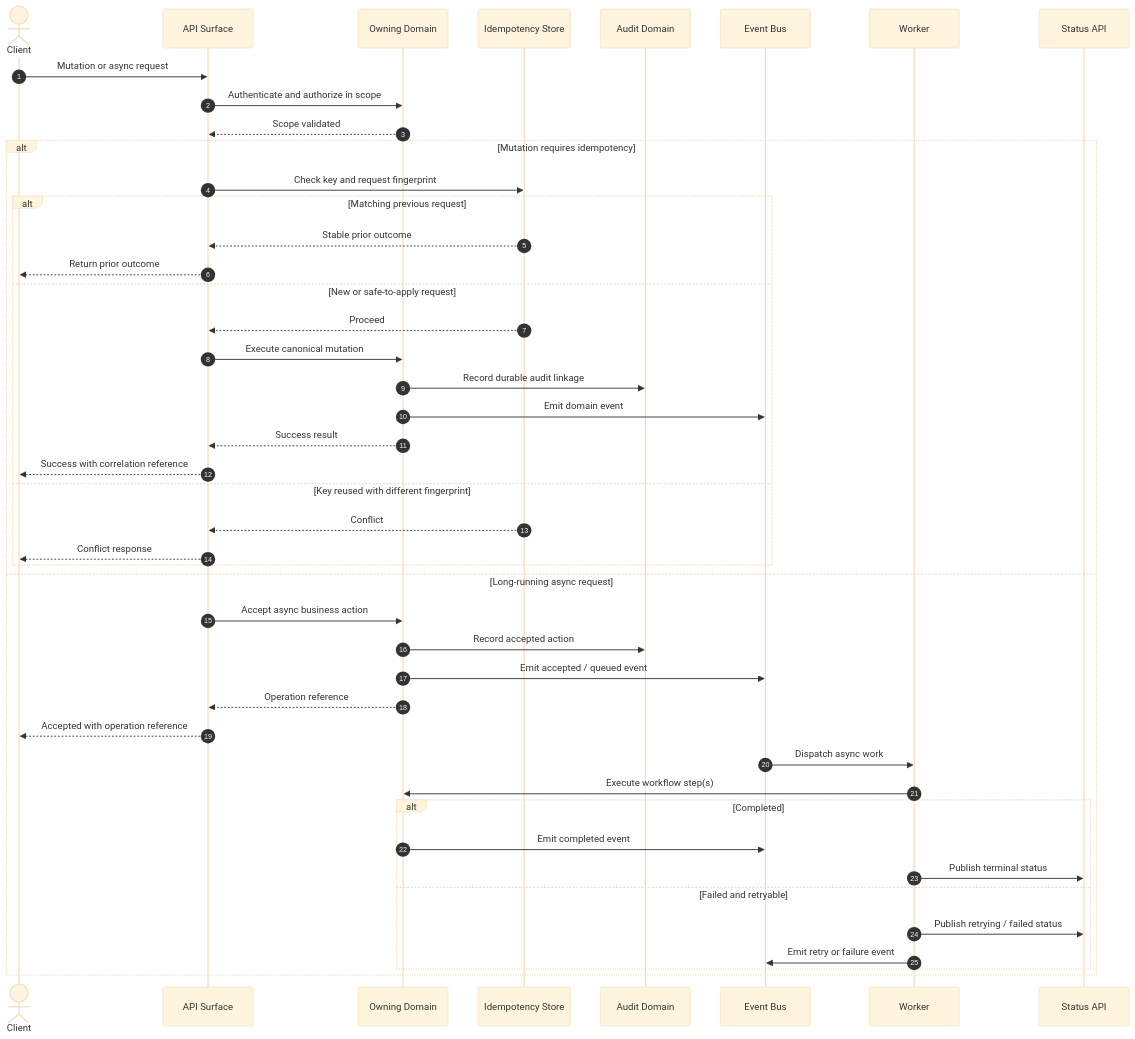
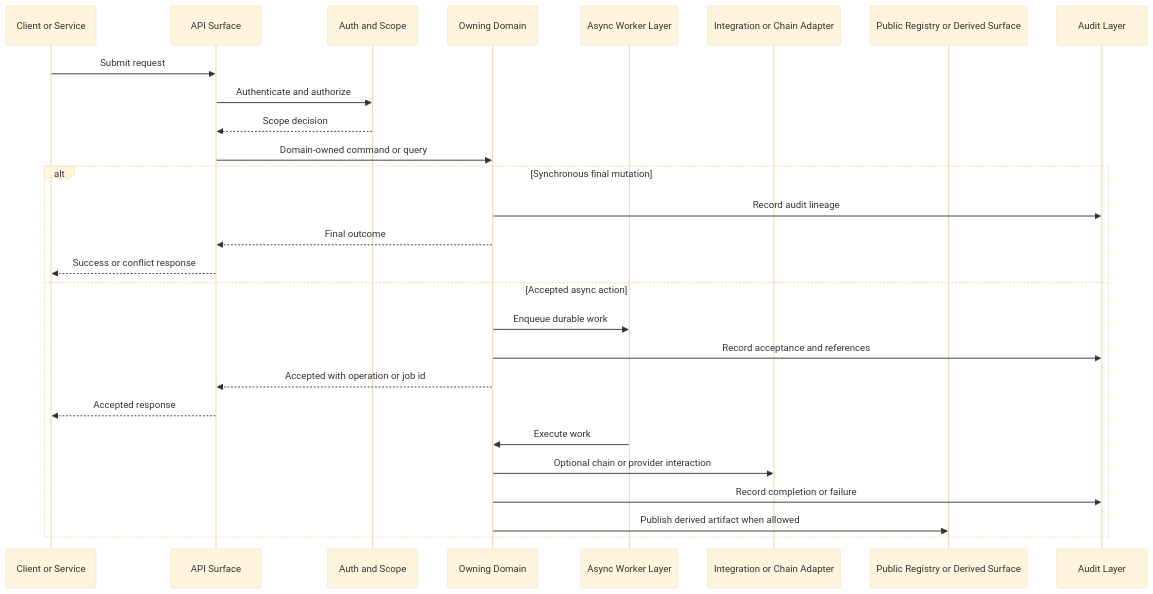
Before and after one commit to fuze-ac/api-specs: the third of 3 diagrams in API_ARCHITECTURE_SPEC.md, drawn with Mermaid (base theme). The commit also changed other lines of this file, not shown here.

````diff
--- a/API_ARCHITECTURE_SPEC.md
+++ b/API_ARCHITECTURE_SPEC.md
@@ -1166,49 +846,31 @@
 ```mermaid
 sequenceDiagram
-    autonumber
-    actor Client
-    participant API as API Surface
-    participant Domain as Owning Domain
-    participant Idem as Idempotency Store
-    participant Audit as Audit Domain
-    participant Bus as Event Bus
-    participant Worker as Worker
-    participant Status as Status API
+    participant C as Client or Service
+    participant E as API Surface
+    participant A as Auth and Scope
+    participant D as Owning Domain
+    participant Q as Async Worker Layer
+    participant X as Integration or Chain Adapter
+    participant P as Public Registry or Derived Surface
+    participant U as Audit Layer
 
-    Client->>API: Mutation or async request
-    API->>Domain: Authenticate and authorize in scope
-    Domain-->>API: Scope validated
+    C->>E: Submit request
+    E->>A: Authenticate and authorize
+    A-->>E: Scope decision
+    E->>D: Domain-owned command or query
 
-    alt Mutation requires idempotency
-        API->>Idem: Check key and request fingerprint
-        alt Matching previous request
-            Idem-->>API: Stable prior outcome
-            API-->>Client: Return prior outcome
-        else New or safe-to-apply request
-            Idem-->>API: Proceed
-            API->>Domain: Execute canonical mutation
-            Domain->>Audit: Record durable audit linkage
-            Domain->>Bus: Emit domain event
-            Domain-->>API: Success result
-            API-->>Client: Success with correlation reference
-        else Key reused with different fingerprint
-            Idem-->>API: Conflict
-            API-->>Client: Conflict response
-        end
-    else Long-running async request
-        API->>Domain: Accept async business action
-        Domain->>Audit: Record accepted action
-        Domain->>Bus: Emit accepted / queued event
-        Domain-->>API: Operation reference
-        API-->>Client: Accepted with operation reference
-        Bus->>Worker: Dispatch async work
-        Worker->>Domain: Execute workflow step(s)
-        alt Completed
-            Domain->>Bus: Emit completed event
-            Worker->>Status: Publish terminal status
-        else Failed and retryable
-            Worker->>Status: Publish retrying / failed status
-            Worker->>Bus: Emit retry or failure event
-        end
+    alt Synchronous final mutation
+        D->>U: Record audit lineage
+        D-->>E: Final outcome
+        E-->>C: Success or conflict response
+    else Accepted async action
+        D->>Q: Enqueue durable work
+        D->>U: Record acceptance and references
+        D-->>E: Accepted with operation or job id
+        E-->>C: Accepted response
+        Q->>D: Execute work
+        D->>X: Optional chain or provider interaction
+        D->>U: Record completion or failure
+        D->>P: Publish derived artifact when allowed
     end
 ```
````
